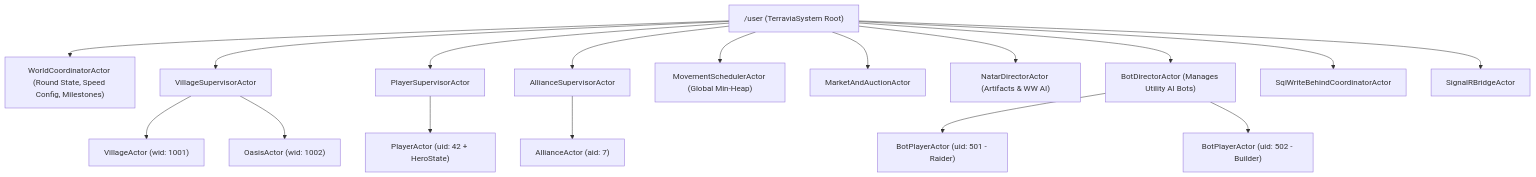
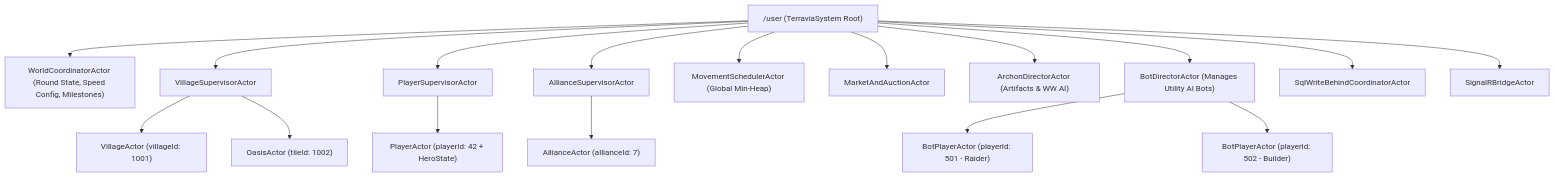
Before and after one commit to terravia-renatus/terravia-renatus: the first of 4 diagrams in docs/architecture_and_features.md, drawn with Mermaid. The commit also changed other lines of this file, not shown here.

First line of the commit message:
docs(architecture): update domain systems specification

````diff
--- a/docs/architecture_and_features.md
+++ b/docs/architecture_and_features.md
@@ -68,33 +68,33 @@
 ```mermaid
 flowchart TD
     Root["/user (TerraviaSystem Root)"]
     
     WCoord["WorldCoordinatorActor (Round State, Speed Config, Milestones)"]
     VSup["VillageSupervisorActor"]
     PSup["PlayerSupervisorActor"]
     ASup["AllianceSupervisorActor"]
     Mov["MovementSchedulerActor (Global Min-Heap)"]
     Mkt["MarketAndAuctionActor"]
-    Natar["NatarDirectorActor (Artifacts & WW AI)"]
+    Archon["ArchonDirectorActor (Artifacts & WW AI)"]
     BotDir["BotDirectorActor (Manages Utility AI Bots)"]
     Flush["SqlWriteBehindCoordinatorActor"]
     Bridge["SignalRBridgeActor"]
 
     Root --> WCoord
     Root --> VSup
     Root --> PSup
     Root --> ASup
     Root --> Mov
     Root --> Mkt
-    Root --> Natar
+    Root --> Archon
     Root --> BotDir
     Root --> Flush
     Root --> Bridge
 
-    VSup --> V1["VillageActor (wid: 1001)"]
-    VSup --> V2["OasisActor (wid: 1002)"]
-    PSup --> P1["PlayerActor (uid: 42 + HeroState)"]
-    ASup --> A1["AllianceActor (aid: 7)"]
-    BotDir --> B1["BotPlayerActor (uid: 501 - Raider)"]
-    BotDir --> B2["BotPlayerActor (uid: 502 - Builder)"]
+    VSup --> V1["VillageActor (villageId: 1001)"]
+    VSup --> V2["OasisActor (tileId: 1002)"]
+    PSup --> P1["PlayerActor (playerId: 42 + HeroState)"]
+    ASup --> A1["AllianceActor (allianceId: 7)"]
+    BotDir --> B1["BotPlayerActor (playerId: 501 - Raider)"]
+    BotDir --> B2["BotPlayerActor (playerId: 502 - Builder)"]
 ```
````
